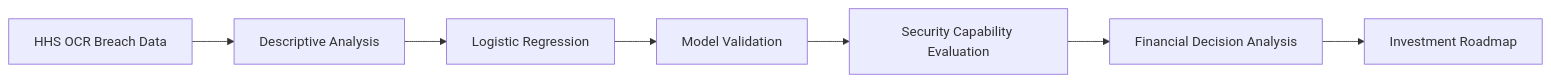
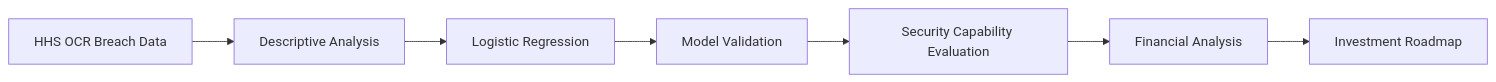
One commit to rachelletecharchitect01-star/security-architecture-capstone changed the first of 2 diagrams in README.md. Above: the diagram before and after it, drawn with Mermaid. The commit also changed other lines of this file and 25 other files, not shown here.

````diff
--- a/README.md
+++ b/README.md
@@ -19,9 +19,9 @@
 ```mermaid
 flowchart LR
     A[HHS OCR Breach Data] --> B[Descriptive Analysis]
     B --> C[Logistic Regression]
     C --> D[Model Validation]
     D --> E[Security Capability Evaluation]
-    E --> F[Financial Decision Analysis]
+    E --> F[Financial Analysis]
     F --> G[Investment Roadmap]
 ```
````
